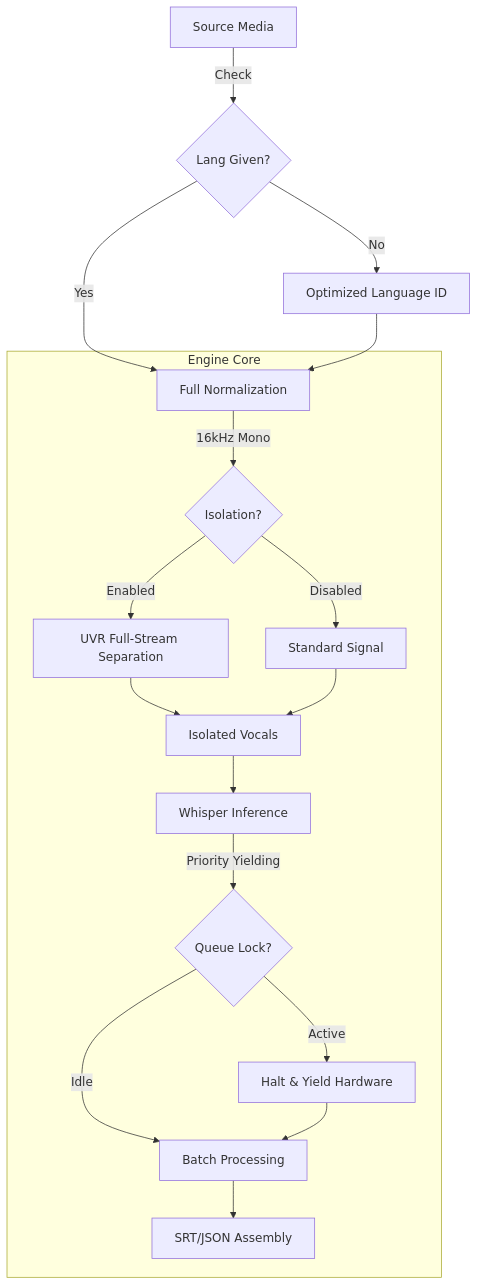
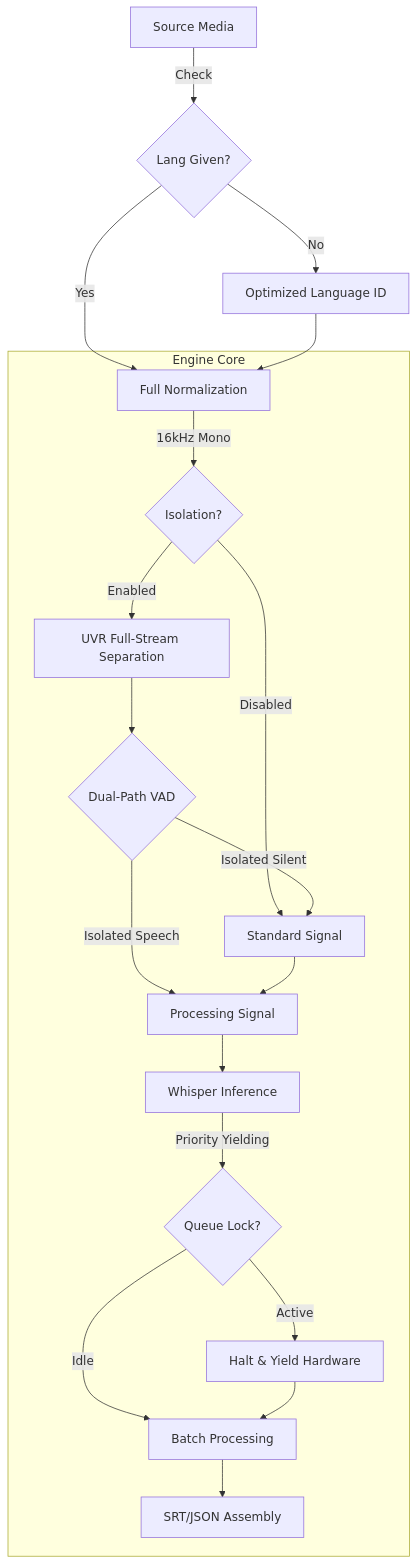
The second of 3 diagrams in README.md (ventura8/Whisper-Pro-ASR), drawn with Mermaid before and after one commit. The commit also changed other lines of this file and 20 other files, not shown here.

````diff
--- a/README.md
+++ b/README.md
@@ -99,21 +126,25 @@
 ```mermaid
 graph TD
     A[Source Media] -->|Check| L{Lang Given?}
     L -->|No| LD[Optimized Language ID]
     L -->|Yes| PRE[Full Normalization]
     LD --> PRE
     
     subgraph Engine Core
     PRE -->|16kHz Mono| C{Isolation?}
     C -->|Enabled| D[UVR Full-Stream Separation]
     C -->|Disabled| E[Standard Signal]
-    D --> F[Isolated Vocals]
+    
+    D --> VAD{Dual-Path VAD}
+    VAD -->|Isolated Silent| E
+    VAD -->|Isolated Speech| F[Processing Signal]
     E --> F
+    
     F --> G[Whisper Inference]
     G -->|Priority Yielding| H{Queue Lock?}
     H -->|Active| I[Halt & Yield Hardware]
     H -->|Idle| J[Batch Processing]
     I --> J
     J --> K[SRT/JSON Assembly]
     end
 ```
````
